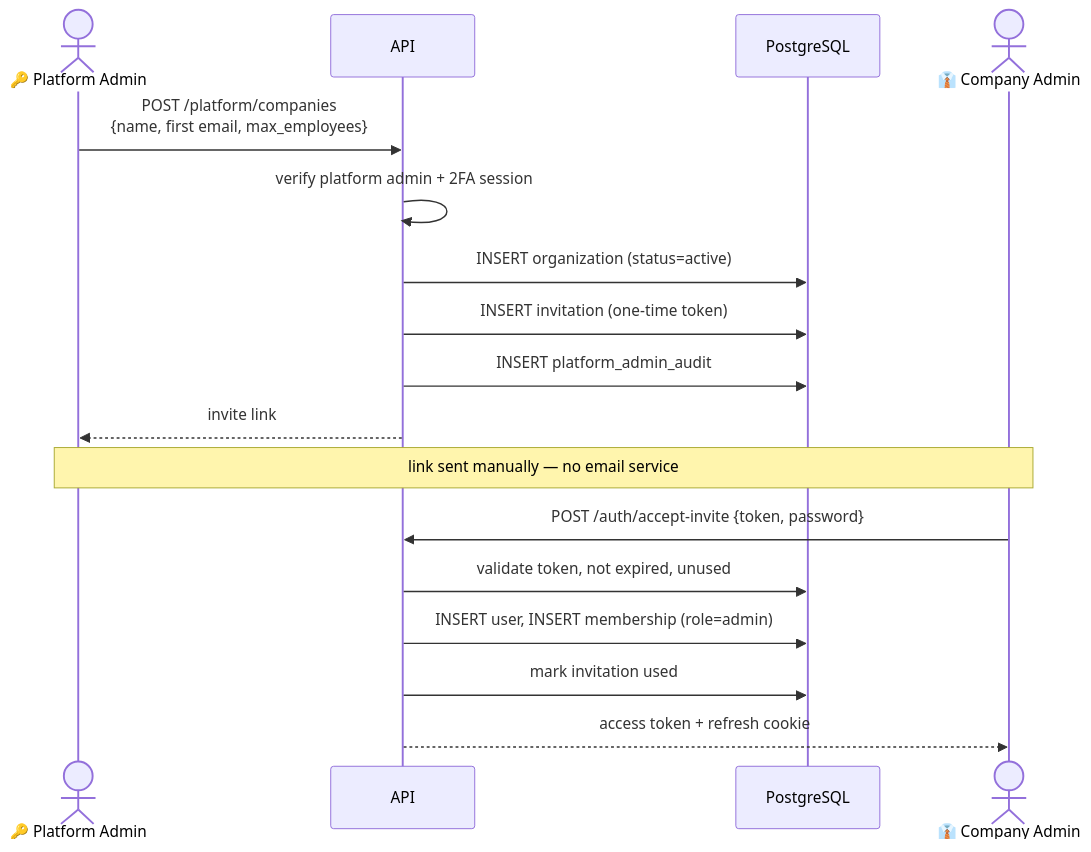
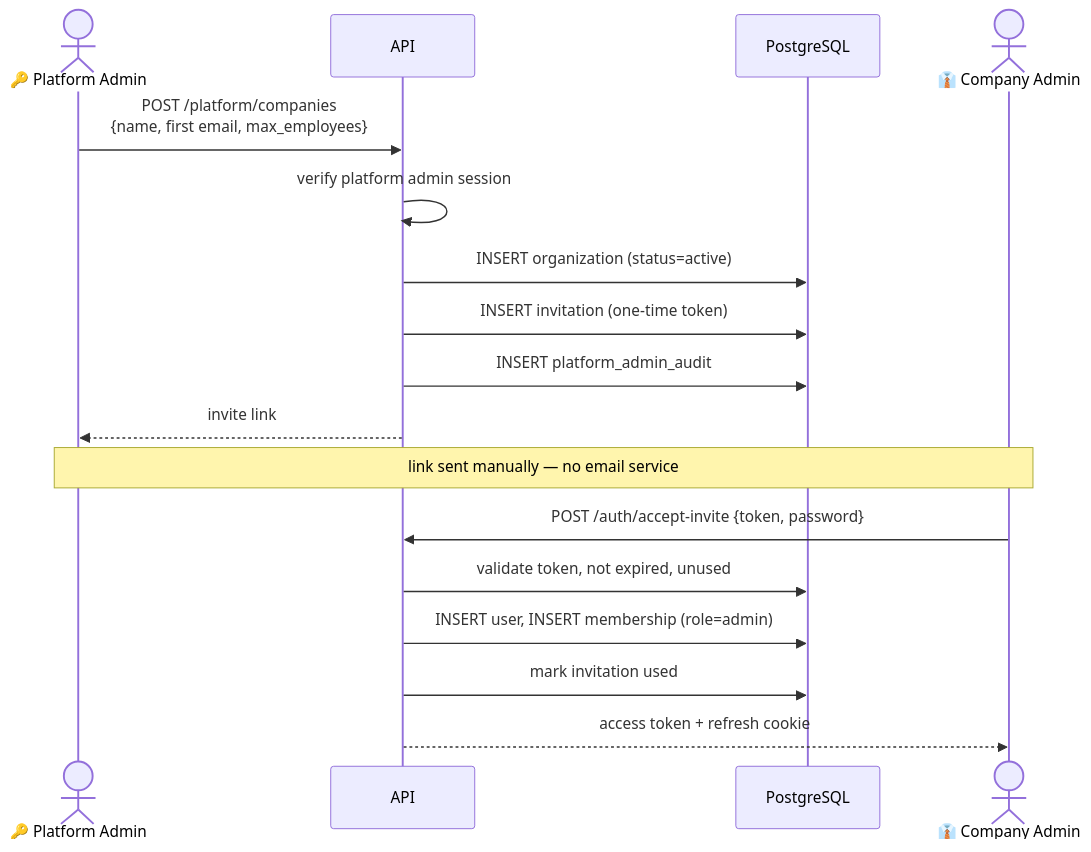
Before and after one commit to dharaneechinnu/ai-employee-platform: the ninth of 14 diagrams in docs/HLD.md, drawn with Mermaid. The commit also changed 15 other files, not shown here.

````diff
--- a/docs/HLD.md
+++ b/docs/HLD.md
@@ -617,22 +617,22 @@
 ```mermaid
 sequenceDiagram
     actor PA as 🔑 Platform Admin
     participant API
     participant DB as PostgreSQL
     actor CA as 👔 Company Admin
 
     PA->>API: POST /platform/companies<br/>{name, first email, max_employees}
-    API->>API: verify platform admin + 2FA session
+    API->>API: verify platform admin session
     API->>DB: INSERT organization (status=active)
     API->>DB: INSERT invitation (one-time token)
     API->>DB: INSERT platform_admin_audit
     API-->>PA: invite link
 
     Note over PA,CA: link sent manually — no email service
 
     CA->>API: POST /auth/accept-invite {token, password}
     API->>DB: validate token, not expired, unused
     API->>DB: INSERT user, INSERT membership (role=admin)
     API->>DB: mark invitation used
     API-->>CA: access token + refresh cookie
 ```
````
